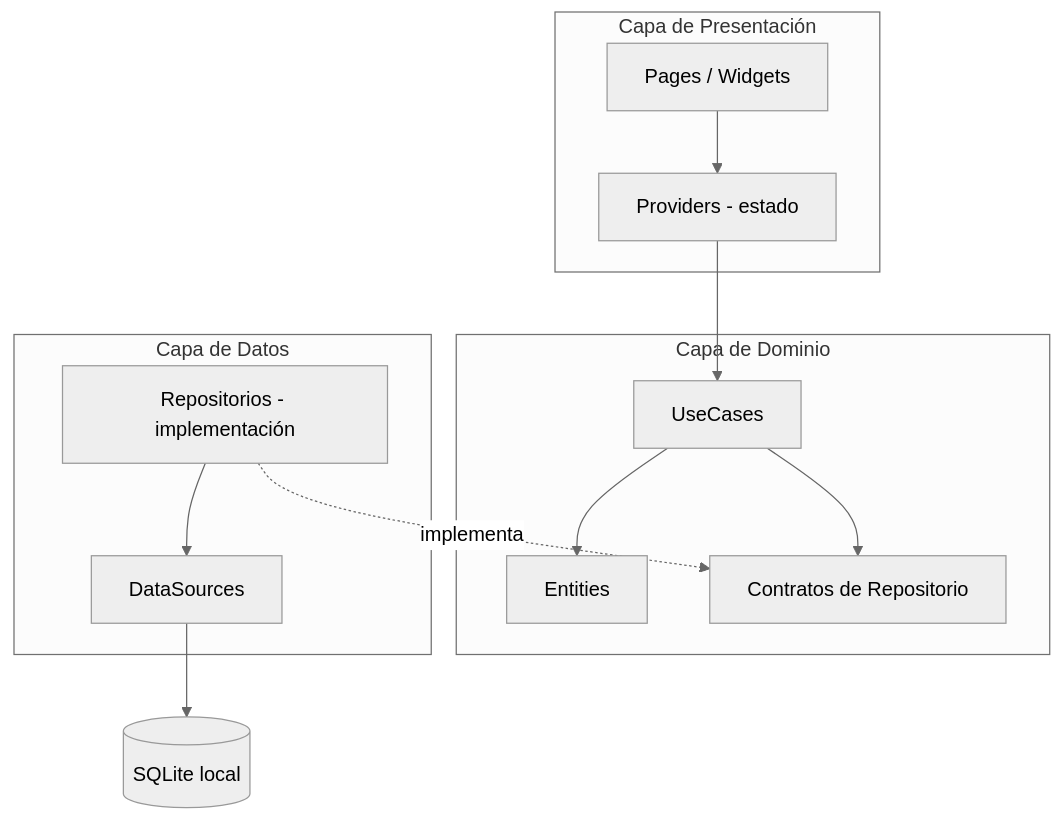
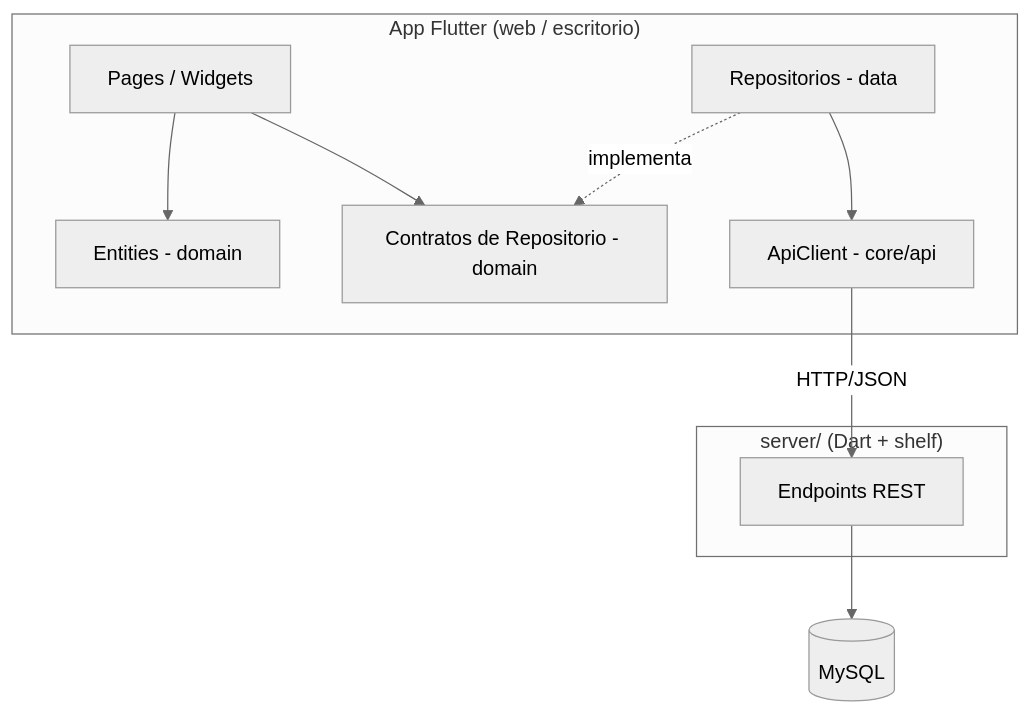
The first of 2 diagrams in docs/ARQUITECTURA.md (Jesus123J/DentalClinic), drawn with Mermaid (neutral theme) before and after one commit. The commit also changed other lines of this file and 109 other files, not shown here.

First line of the commit message:
Sistema funcional web/escritorio con API REST y MySQL

````diff
--- a/docs/ARQUITECTURA.md
+++ b/docs/ARQUITECTURA.md
@@ -7,22 +7,19 @@
 ```mermaid
 flowchart TB
-    subgraph Presentation["Capa de Presentación"]
+    subgraph App["App Flutter (web / escritorio)"]
         UI[Pages / Widgets]
-        P[Providers - estado]
+        E[Entities - domain]
+        RC[Contratos de Repositorio - domain]
+        RI[Repositorios - data]
+        API[ApiClient - core/api]
     end
-    subgraph Domain["Capa de Dominio"]
-        UC[UseCases]
-        E[Entities]
-        RC[Contratos de Repositorio]
+    subgraph Server["server/ (Dart + shelf)"]
+        EP[Endpoints REST]
     end
-    subgraph Data["Capa de Datos"]
-        RI[Repositorios - implementación]
-        DS[DataSources]
-    end
-    DB[(SQLite local)]
+    DB[(MySQL)]
 
-    UI --> P --> UC --> RC
+    UI --> RC
     RI -. implementa .-> RC
-    RI --> DS --> DB
-    UC --> E
+    RI --> API -- HTTP/JSON --> EP --> DB
+    UI --> E
 ```
````
